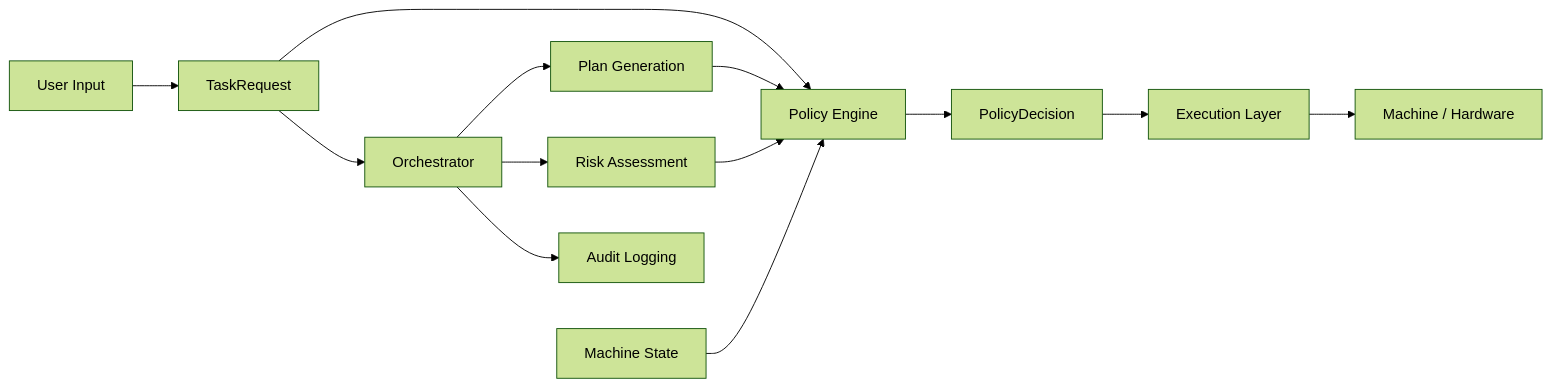
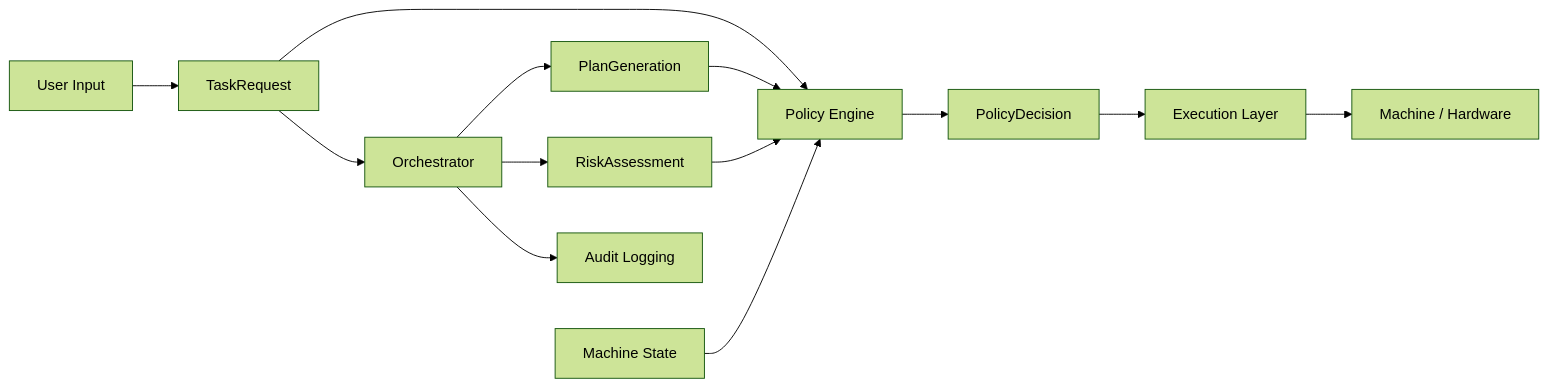
The second of 6 diagrams in docs/whitepaper.md (Ahasva/agent-control-core), drawn with Mermaid (forest theme) before and after one commit. The commit also changed other lines of this file and 7 other files, not shown here.

````diff
--- a/docs/whitepaper.md
+++ b/docs/whitepaper.md
@@ -67,21 +66,21 @@
 ```mermaid
 flowchart LR
     U[User Input] --> T[TaskRequest]
 
     T --> O[Orchestrator]
 
-    O --> P[Plan Generation]
-    O --> R[Risk Assessment]
+    O --> P[PlanGeneration]
+    O --> R[RiskAssessment]
 
     T --> PE[Policy Engine]
     P --> PE
     R --> PE
     S[Machine State] --> PE
 
     PE --> D[PolicyDecision]
 
     D --> EX[Execution Layer]
     EX --> HW[Machine / Hardware]
 
     O --> AL[Audit Logging]
 ```
````
